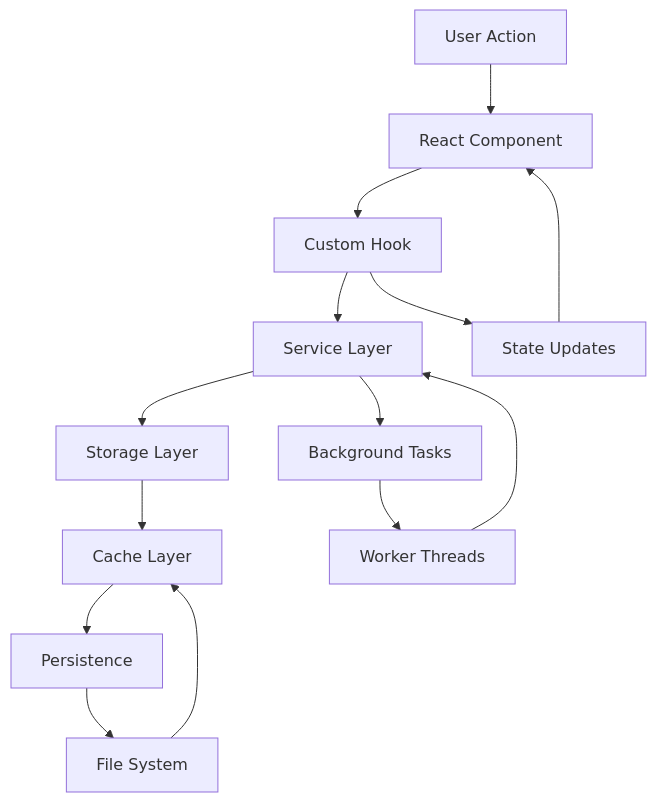
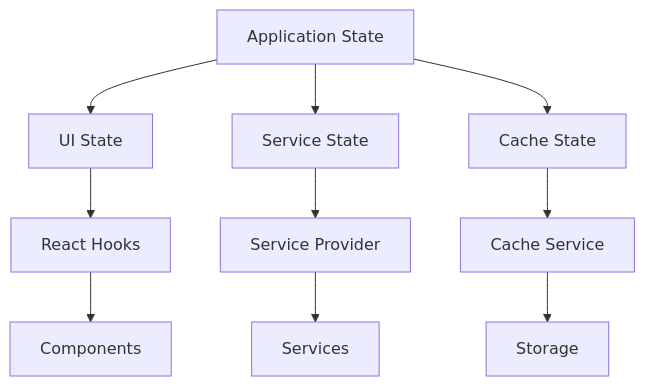
The fourth of 4 diagrams in docs/hooks-and-services.md (SimoKiihamaki/cognicore), drawn with Mermaid before and after one commit. The commit also changed other lines of this file and 9 other files, not shown here.

````diff
--- a/docs/hooks-and-services.md
+++ b/docs/hooks-and-services.md
@@ -371,19 +313,14 @@
 ```mermaid
 graph TD
-    A[User Action] --> B[React Component]
-    B --> C[Custom Hook]
-    C --> D[Service Layer]
-    D --> E[Storage Layer]
-    E --> F[Cache Layer]
+    A[Application State] --> B[UI State]
+    A --> C[Service State]
+    A --> D[Cache State]
     
-    C --> G[State Updates]
-    G --> B
+    B --> E[React Hooks]
+    C --> F[Service Provider]
+    D --> G[Cache Service]
     
-    D --> H[Background Tasks]
-    H --> I[Worker Threads]
-    I --> D
-    
-    F --> J[Persistence]
-    J --> K[File System]
-    K --> F
+    E --> H[Components]
+    F --> I[Services]
+    G --> J[Storage]
 ```
````
